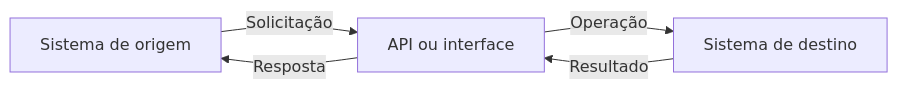
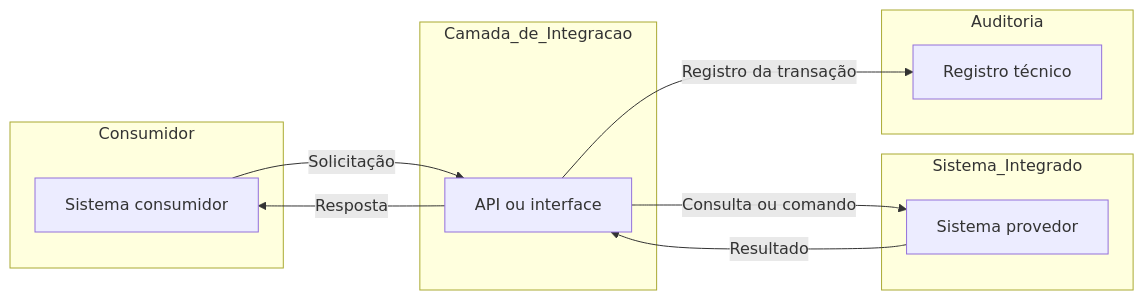
The diagram in example-markdown-documentation.md (sthallis/markdown-teste), drawn with Mermaid before and after one commit.

````diff
--- a/example-markdown-documentation.md
+++ b/example-markdown-documentation.md
@@ -32,11 +32,24 @@
 ```mermaid
 flowchart LR
-    A["Sistema de origem"]
-    B["API ou interface"]
-    C["Sistema de destino"]
+    subgraph Consumidor
+        A["Sistema consumidor"]
+    end
+
+    subgraph Camada_de_Integracao
+        B["API ou interface"]
+    end
+
+    subgraph Sistema_Integrado
+        C["Sistema provedor"]
+    end
+
+    subgraph Auditoria
+        D["Registro técnico"]
+    end
 
     A -->|"Solicitação"| B
-    B -->|"Operação"| C
+    B -->|"Consulta ou comando"| C
     C -->|"Resultado"| B
     B -->|"Resposta"| A
+    B -->|"Registro da transação"| D
 ```
````
